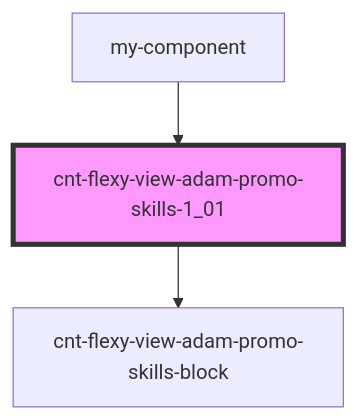
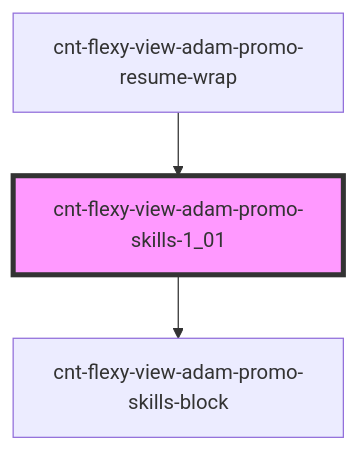
The diagram in src/components/cnt-flexy-view-adam-promo-resume-wrapper/res/view/cnt-flexy-view-adam-promo-resume-wrap/res/view/cnt-flexy-view-adam-promo-skills/readme.md (almalib/s-promo), drawn with Mermaid before and after one commit. The commit also changed other lines of this file and 134 other files, not shown here.

````diff
--- a/src/components/cnt-flexy-view-adam-promo-resume-wrapper/res/view/cnt-flexy-view-adam-promo-resume-wrap/res/view/cnt-flexy-view-adam-promo-skills/readme.md
+++ b/src/components/cnt-flexy-view-adam-promo-resume-wrapper/res/view/cnt-flexy-view-adam-promo-resume-wrap/res/view/cnt-flexy-view-adam-promo-skills/readme.md
@@ -26,6 +26,6 @@
 ```mermaid
 graph TD;
   cnt-flexy-view-adam-promo-skills-1_01 --> cnt-flexy-view-adam-promo-skills-block
-  my-component --> cnt-flexy-view-adam-promo-skills-1_01
+  cnt-flexy-view-adam-promo-resume-wrap --> cnt-flexy-view-adam-promo-skills-1_01
   style cnt-flexy-view-adam-promo-skills-1_01 fill:#f9f,stroke:#333,stroke-width:4px
 ```
````
